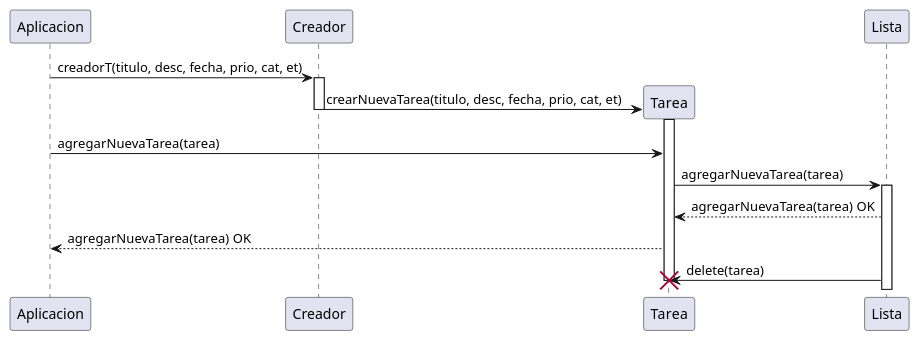
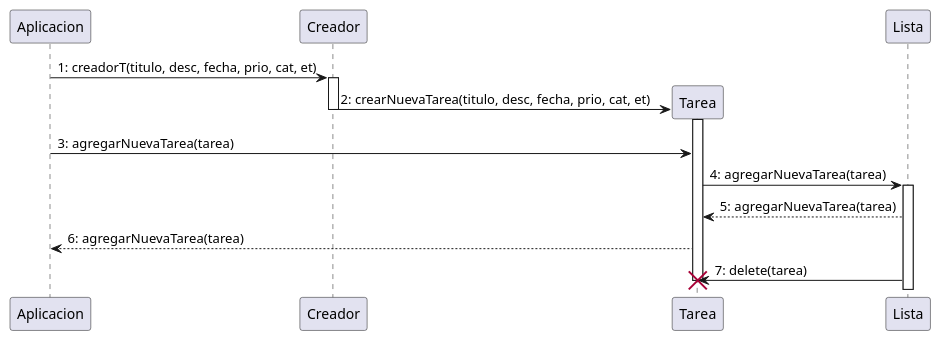
Before and after one commit to LucasFrey-tech/TODO-LIST: the diagram in Diagram/diagramaSecuencia.puml, drawn with PlantUML.

```diff
--- a/Diagram/diagramaSecuencia.puml
+++ b/Diagram/diagramaSecuencia.puml
@@ -1,46 +1,47 @@
 @startuml Diagrama Secuencia
 
 /' Opción 1: '/
 
-Aplicacion -> Creador: creadorT(titulo, desc, fecha, prio, cat, et)
+Aplicacion -> Creador: 1: creadorT(titulo, desc, fecha, prio, cat, et)
 activate Creador
 
 create Tarea
-Creador -> Tarea: crearNuevaTarea(titulo, desc, fecha, prio, cat, et)
+Creador -> Tarea: 2: crearNuevaTarea(titulo, desc, fecha, prio, cat, et)
 
 deactivate Creador
 
 activate Tarea
-Aplicacion -> Tarea: agregarNuevaTarea(tarea)
-Tarea -> Lista: agregarNuevaTarea(tarea)
+Aplicacion -> Tarea: 3: agregarNuevaTarea(tarea)
+Tarea -> Lista: 4: agregarNuevaTarea(tarea)
+
 activate Lista
-Tarea <-- Lista: agregarNuevaTarea(tarea) OK
-Aplicacion <-- Tarea: agregarNuevaTarea(tarea) OK
+Tarea <-- Lista: 5: agregarNuevaTarea(tarea)
+Aplicacion <-- Tarea: 6: agregarNuevaTarea(tarea)
 
-Lista -> Tarea: delete(tarea)
+Lista -> Tarea: 7: delete(tarea)
 destroy Tarea
 
 
 /' Opción 2: 
 
 Aplicacion -> Creador: creadorT()
 activate Creador
 
 create Tarea
 Creador -> Tarea: crearNuevaTarea()
 deactivate Creador
 
 Aplicacion -> Lista: agregarNuevaTarea(tarea)
 activate Tarea
 
 activate Lista
 
 Lista -> Tarea: delete(tarea)
 
 deactivate Lista
 destroy Tarea
 
 '/
 
 
 @enduml
```
